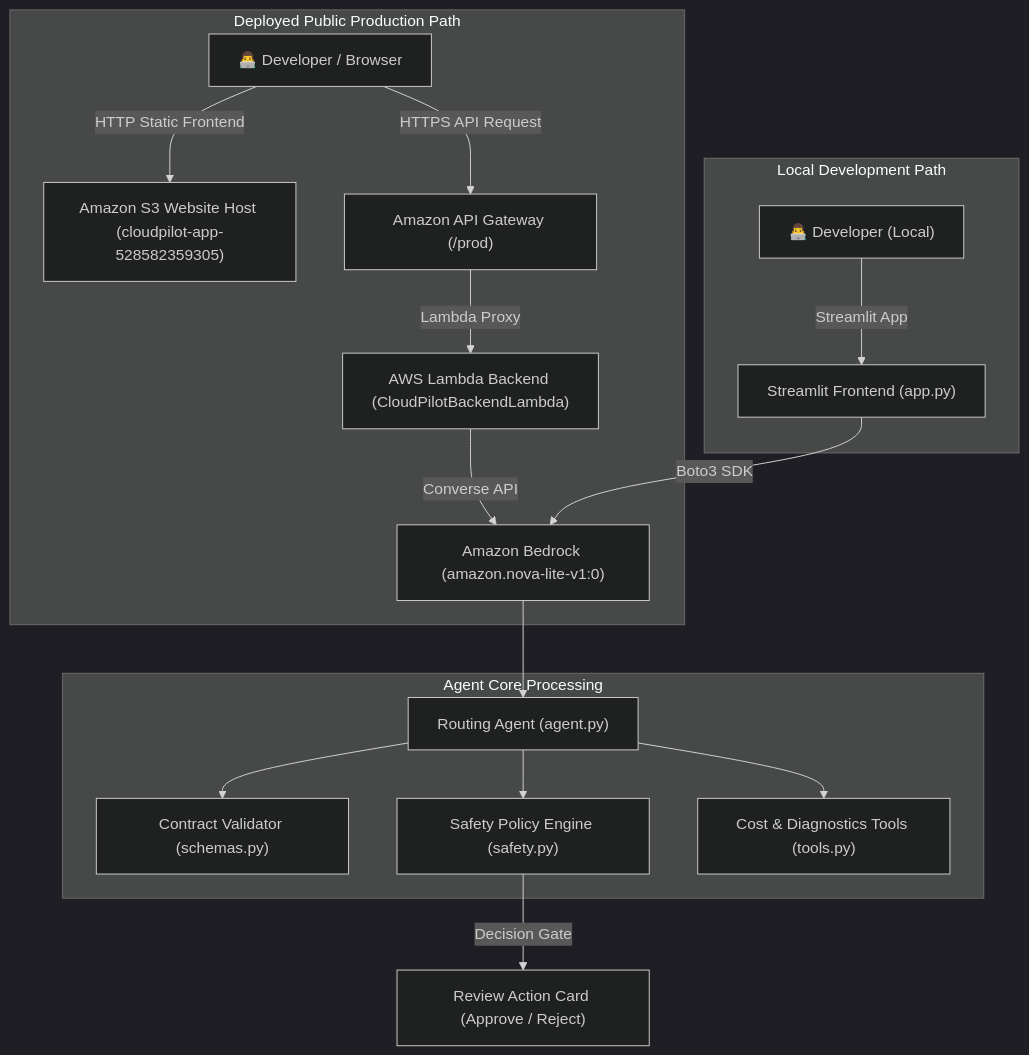
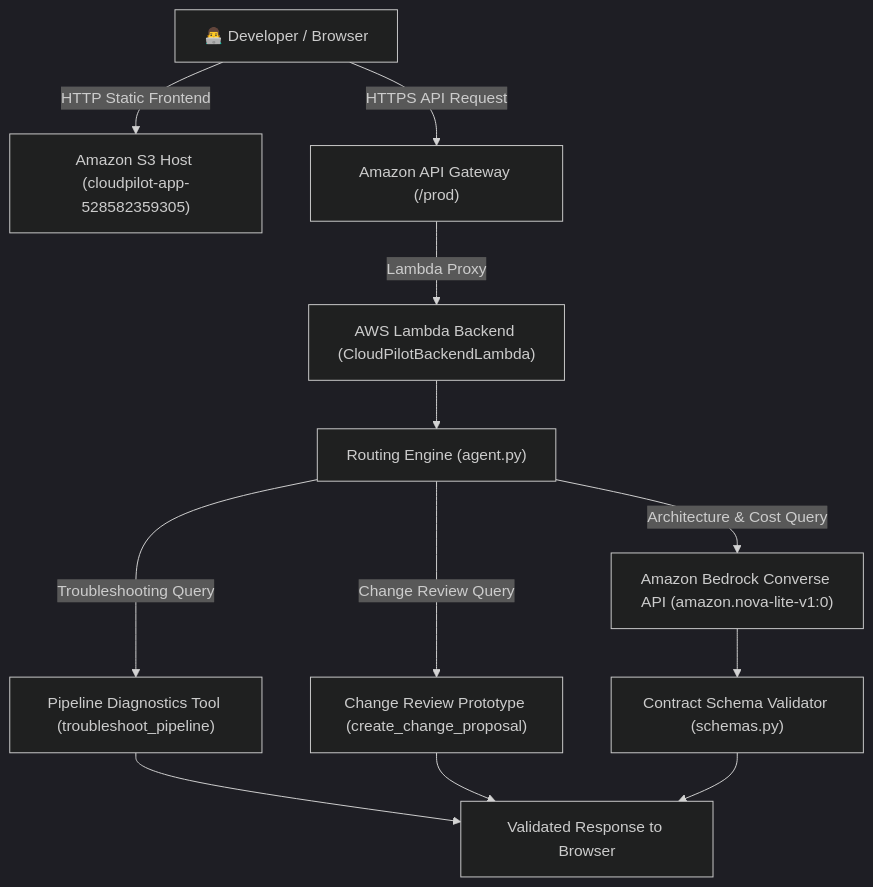
Before and after one commit to omayrq/Cloudpilot: the diagram in AWS_BUILDER_CENTER_ARTICLE.md, drawn with Mermaid (dark theme). The commit also changed 4 other files, not shown here.

Commit message:
security(xss): remediate unsafe innerHTML rendering, harden Lambda logging and input validation, and update Mermaid flowchart

````diff
--- a/AWS_BUILDER_CENTER_ARTICLE.md
+++ b/AWS_BUILDER_CENTER_ARTICLE.md
@@ -38,23 +38,18 @@
 ```mermaid
 flowchart TD
-    subgraph Deployed Public Production Path
-        User["👨‍💻 Developer / Browser"] -->|HTTP Static Frontend| S3["Amazon S3 Website Host (cloudpilot-app-528582359305)"]
-        User -->|HTTPS API Request| APIGW["Amazon API Gateway (/prod)"]
-        APIGW -->|Lambda Proxy| Lambda["AWS Lambda Backend (CloudPilotBackendLambda)"]
-        Lambda -->|Converse API| Bedrock["Amazon Bedrock (amazon.nova-lite-v1:0)"]
-    end
-
-    subgraph Local Development Path
-        DevUser["👨‍💻 Developer (Local)"] -->|Streamlit App| LocalApp["Streamlit Frontend (app.py)"]
-        LocalApp -->|Boto3 SDK| Bedrock
-    end
-
-    subgraph Agent Core Processing
-        Bedrock --> Agent["Routing Agent (agent.py)"]
-        Agent --> Schema["Contract Validator (schemas.py)"]
-        Agent --> Safety["Safety Policy Engine (safety.py)"]
-        Agent --> Tools["Cost & Diagnostics Tools (tools.py)"]
-    end
+    User["👨‍💻 Developer / Browser"] -->|HTTP Static Frontend| S3["Amazon S3 Host (cloudpilot-app-528582359305)"]
+    User -->|HTTPS API Request| APIGW["Amazon API Gateway (/prod)"]
+    APIGW -->|Lambda Proxy| Lambda["AWS Lambda Backend (CloudPilotBackendLambda)"]
     
-    Safety -->|Decision Gate| ActionCard["Review Action Card (Approve / Reject)"]
+    Lambda --> Route["Routing Engine (agent.py)"]
+    
+    Route -->|Troubleshooting Query| Troubleshoot["Pipeline Diagnostics Tool (troubleshoot_pipeline)"]
+    Route -->|Change Review Query| ChangeReview["Change Review Prototype (create_change_proposal)"]
+    Route -->|Architecture & Cost Query| Bedrock["Amazon Bedrock Converse API (amazon.nova-lite-v1:0)"]
+    
+    Bedrock --> Validator["Contract Schema Validator (schemas.py)"]
+    
+    Troubleshoot --> Response["Validated Response to Browser"]
+    ChangeReview --> Response
+    Validator --> Response
 ```
````
